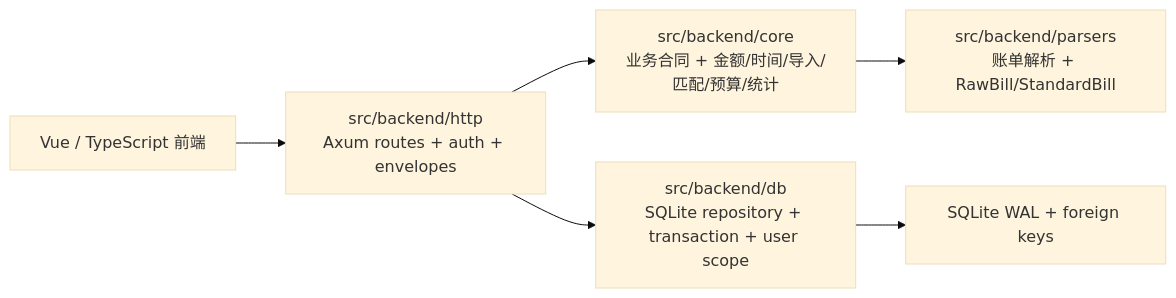
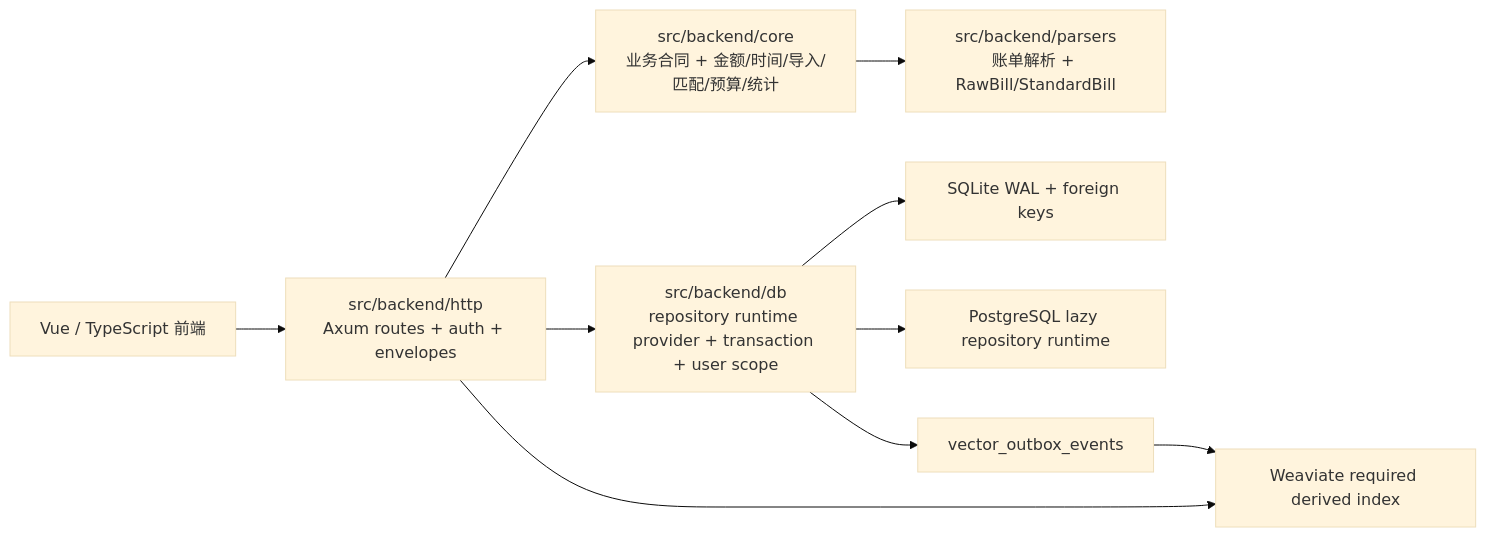
Before and after one commit to hcy0317/bill_analyser: the first of 4 diagrams in docs/backend-map.md, drawn with Mermaid (base theme). The commit also changed other lines of this file and 252 other files, not shown here.

````diff
--- a/docs/backend-map.md
+++ b/docs/backend-map.md
@@ -10,8 +10,12 @@
 ```mermaid
 flowchart LR
   Web["Vue / TypeScript 前端"] --> Http["src/backend/http\nAxum routes + auth + envelopes"]
   Http --> Core["src/backend/core\n业务合同 + 金额/时间/导入/匹配/预算/统计"]
-  Http --> Db["src/backend/db\nSQLite repository + transaction + user scope"]
+  Http --> Db["src/backend/db\nrepository runtime provider + transaction + user scope"]
   Core --> Parsers["src/backend/parsers\n账单解析 + RawBill/StandardBill"]
   Db --> SQLite["SQLite WAL + foreign keys"]
+  Db --> Postgres["PostgreSQL lazy repository runtime"]
+  Http --> Weaviate["Weaviate required derived index"]
+  Db --> Outbox["vector_outbox_events"]
+  Outbox --> Weaviate
 ```
````
